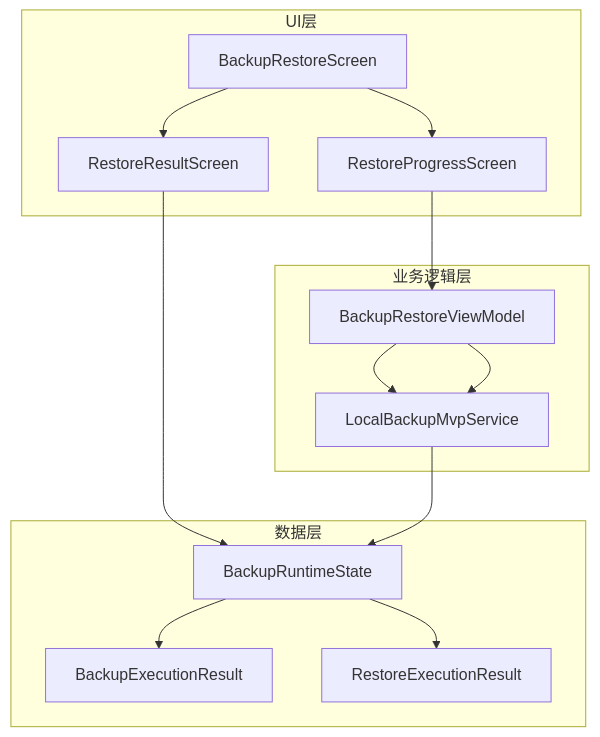
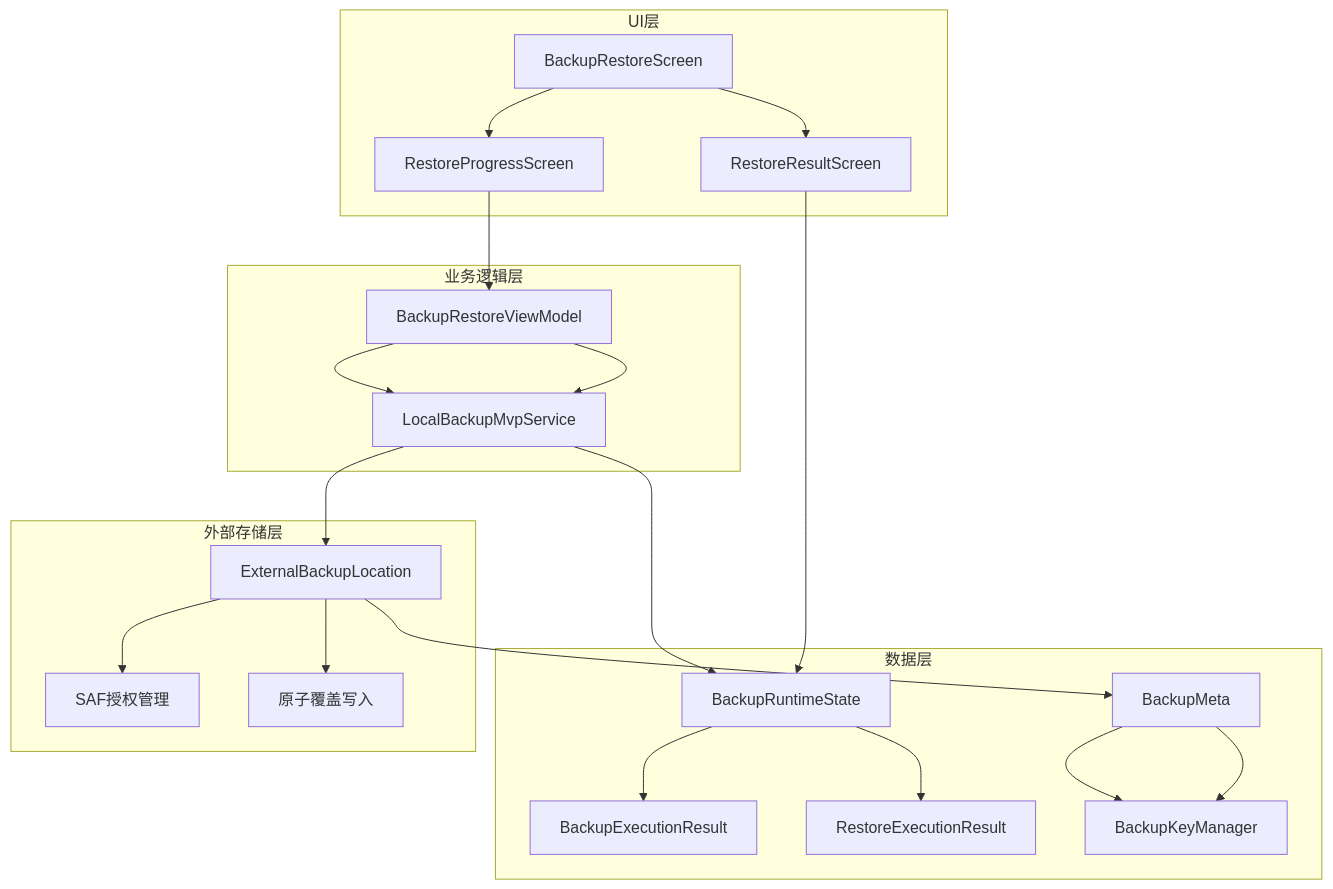
Before and after one commit to wanhongbo/ai-photo-vault: the first of 7 diagrams in .qoder/repowiki/zh/content/UI组件系统/恢复进度界面.md, drawn with Mermaid. The commit also changed other lines of this file and 22 other files, not shown here.

````diff
--- a/.qoder/repowiki/zh/content/UI组件系统/恢复进度界面.md
+++ b/.qoder/repowiki/zh/content/UI组件系统/恢复进度界面.md
@@ -35,18 +49,26 @@
 ```mermaid
 graph TB
 subgraph "UI层"
 A[BackupRestoreScreen] --> B[RestoreProgressScreen]
 A --> C[RestoreResultScreen]
 end
 subgraph "业务逻辑层"
 D[BackupRestoreViewModel] --> E[LocalBackupMvpService]
 end
 subgraph "数据层"
 F[BackupRuntimeState] --> G[BackupExecutionResult]
 F --> H[RestoreExecutionResult]
+I[BackupMeta] --> J[BackupKeyManager]
+end
+subgraph "外部存储层"
+K[ExternalBackupLocation] --> L[SAF授权管理]
+K --> M[原子覆盖写入]
 end
 B --> D
 C --> F
 D --> E
 E --> F
+E --> K
+K --> I
+I --> J
 ```
````
